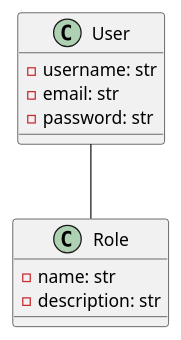
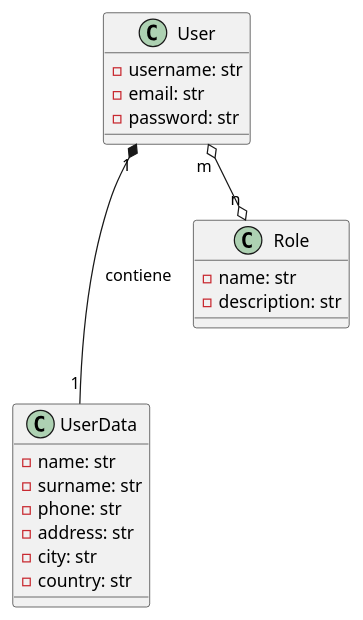
The diagram in docs/diagrama_1.puml (umpprats/estructura-flask), drawn with PlantUML before and after one commit.

Commit message:
#4 add class UserData

```diff
--- a/docs/diagrama_1.puml
+++ b/docs/diagrama_1.puml
@@ -1,14 +1,23 @@
 @startuml
 class User {
     - username: str
     - email: str
     - password: str
 }
 
+class UserData{
+    - name: str
+    - surname: str
+    - phone: str
+    - address: str
+    - city: str
+    - country: str
+}
+
 class Role {
     - name: str
     - description: str
 }
-
-User -- Role
+User "1" *--- "1" UserData : contiene
+User "m" o--o "n" Role
 @enduml
```
